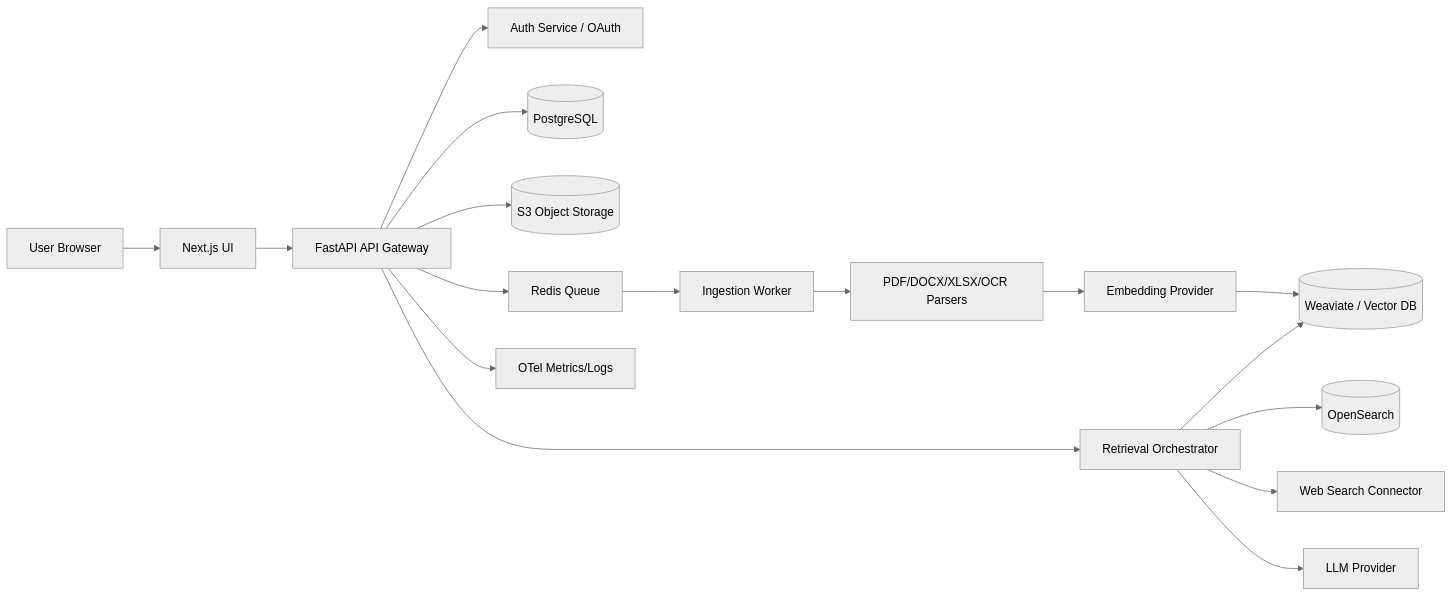
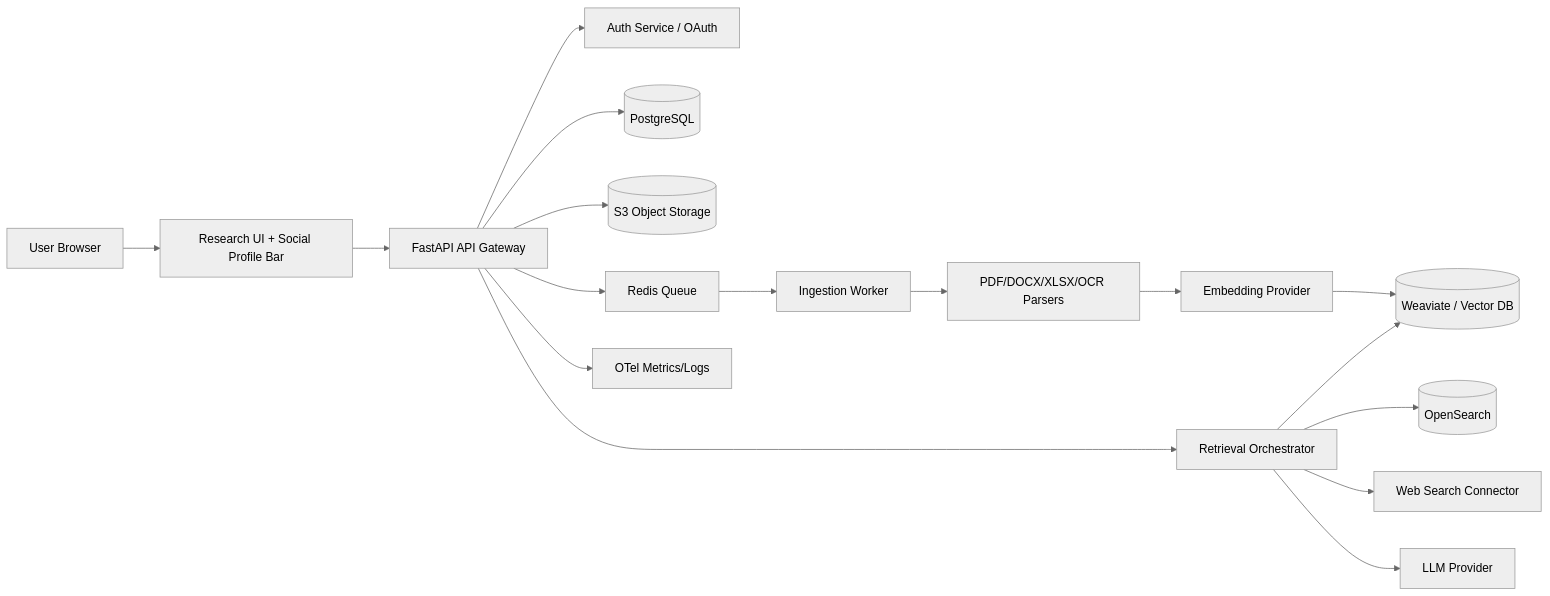
Before and after one commit to girishlade111/Research-Agent-test-alpha-: the diagram in docs/architecture.md, drawn with Mermaid (neutral theme). The commit also changed other lines of this file and 15 other files, not shown here.

````diff
--- a/docs/architecture.md
+++ b/docs/architecture.md
@@ -17,19 +17,19 @@
 ```mermaid
 flowchart LR
-    U[User Browser] --> FE[Next.js UI]
+    U[User Browser] --> FE[Research UI + Social Profile Bar]
     FE --> API[FastAPI API Gateway]
     API --> AUTH[Auth Service / OAuth]
     API --> PG[(PostgreSQL)]
     API --> S3[(S3 Object Storage)]
     API --> Q[Redis Queue]
     Q --> W[Ingestion Worker]
     W --> PARSE[PDF/DOCX/XLSX/OCR Parsers]
     PARSE --> EMB[Embedding Provider]
     EMB --> VDB[(Weaviate / Vector DB)]
     API --> RET[Retrieval Orchestrator]
     RET --> VDB
     RET --> BM25[(OpenSearch)]
     RET --> WEB[Web Search Connector]
     RET --> LLM[LLM Provider]
     API --> OBS[OTel Metrics/Logs]
 ```
````
